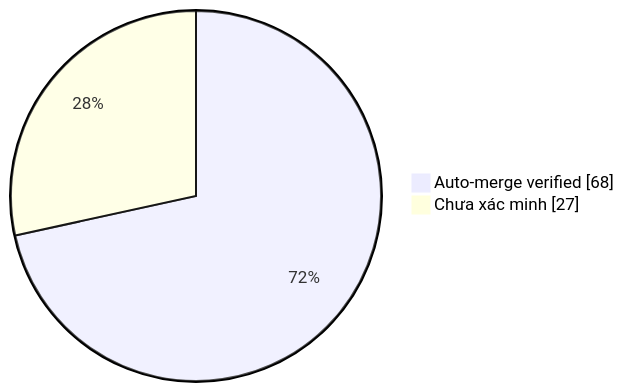
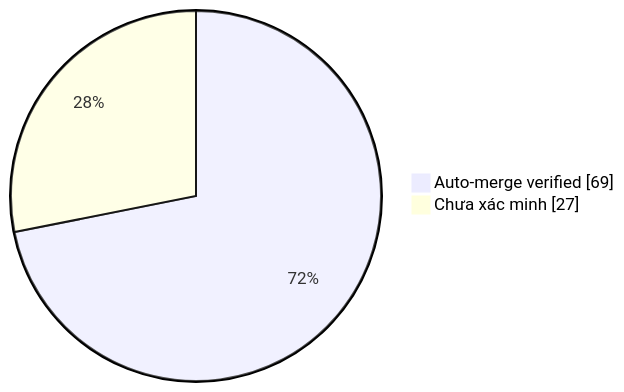
The diagram in collector.md (duykhang68/tetdinhmuiblog), drawn with Mermaid before and after one commit. The commit also changed other lines of this file and 1 other file, not shown here.

Commit message:
docs(collector): update auto-merge evidence dashboard

````diff
--- a/collector.md
+++ b/collector.md
@@ -22,5 +22,5 @@
 ```mermaid
 pie showData
-    "Auto-merge verified" : 68
+    "Auto-merge verified" : 69
     "Chưa xác minh" : 27
 ```
````
